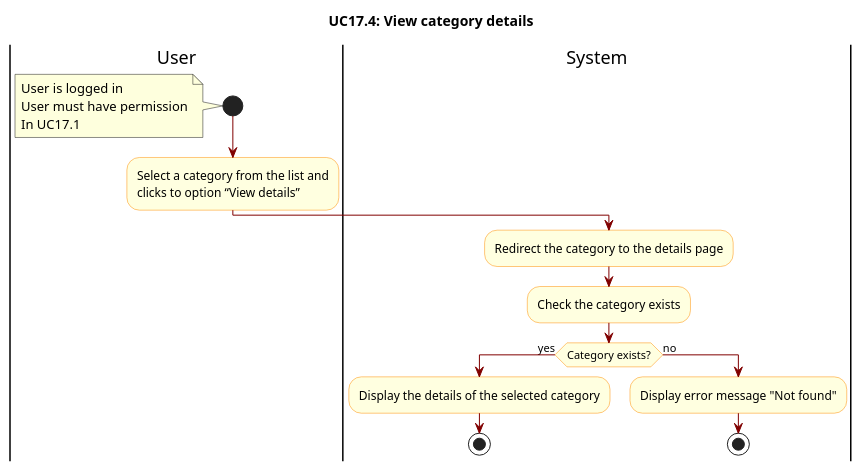
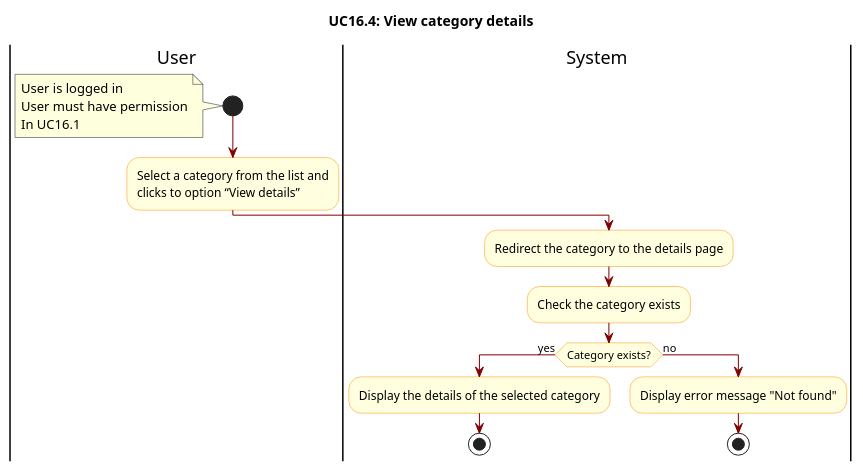
The diagram in docs/activity diagram/UC17.4-ViewCategoryDetails.wsd (hiusnguyen201/BE_ClothingShop), drawn with PlantUML before and after one commit. The commit also changed 79 other files, not shown here.

Commit message:
#73 thuongbsls2004 fix activity diagram

```diff
--- a/docs/activity diagram/UC17.4-ViewCategoryDetails.wsd
+++ b/docs/activity diagram/UC17.4-ViewCategoryDetails.wsd
@@ -1,34 +1,34 @@
 @startuml
 
 skinparam ActivityBackgroundColor LightYellow
 skinparam ActivityBorderColor DarkOrange
 skinparam ArrowColor Maroon
 
-title UC17.4: View category details
+title UC16.4: View category details
 
 |User|
 start
 note left
     User is logged in  
     User must have permission
-    In UC17.1
+    In UC16.1
 end note
 
 |User|
 :Select a category from the list and 
 clicks to option “View details”;
 
 |System|
 :Redirect the category to the details page;
 :Check the category exists;
 
 if(Category exists?) then(yes)    
     :Display the details of the selected category;
     stop
 else(no)
     :Display error message "Not found";
     stop
 endif
 
 
 @enduml
```
